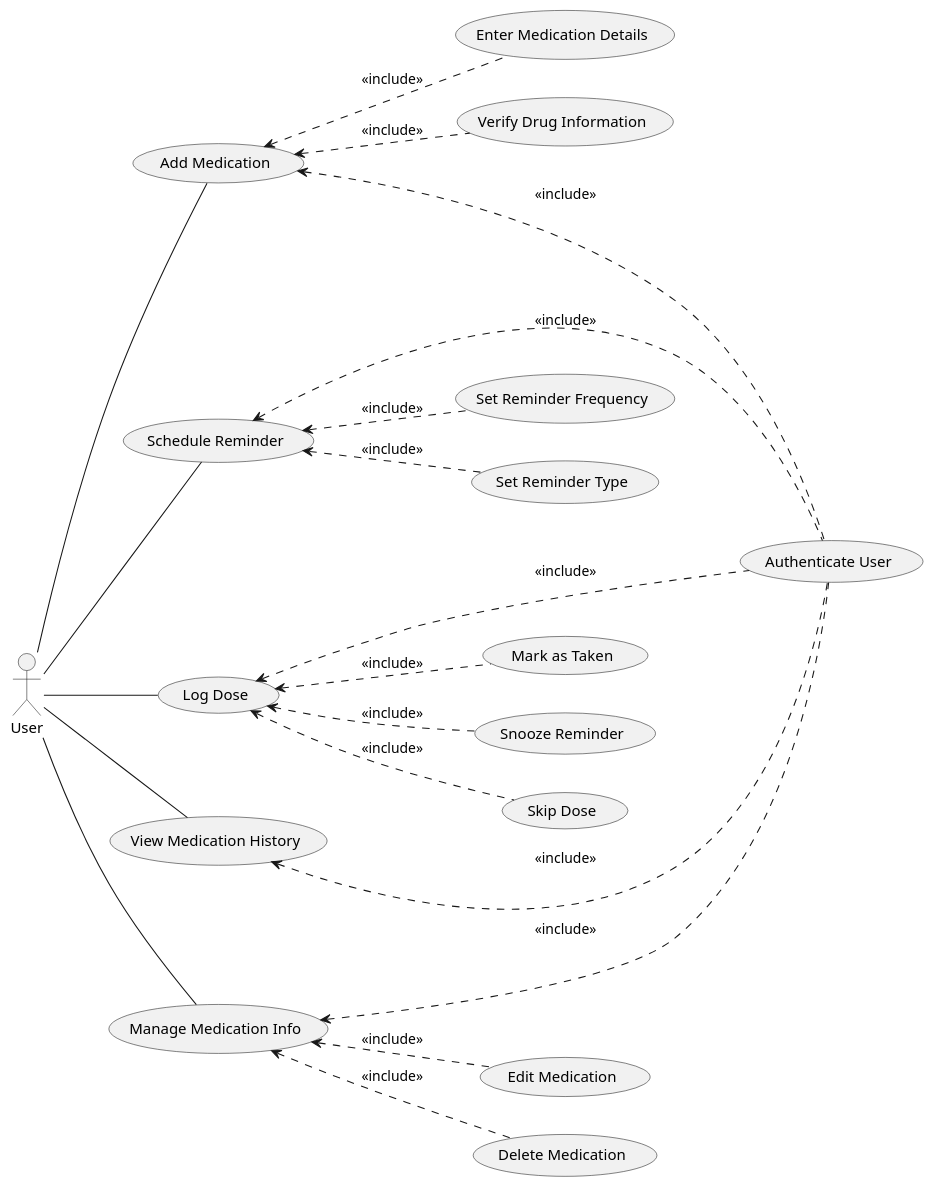
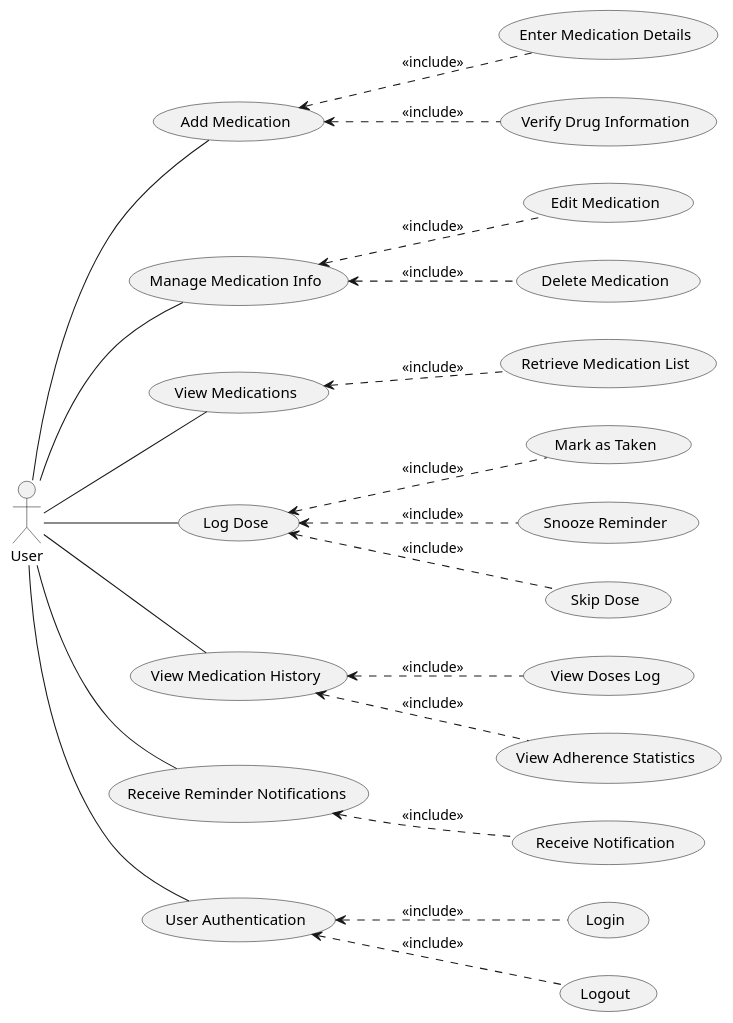
One commit to Tribak77/lancement-fil-rouge changed the diagram in Analyse/UseCase.puml. Above: the diagram before and after it, drawn with PlantUML. The commit also changed 3 other files, not shown here.

```diff
--- a/Analyse/UseCase.puml
+++ b/Analyse/UseCase.puml
@@ -1,31 +1,36 @@
-@startuml Medication Reminder
+@startuml Medication Reminder App
 left to right direction
 
 actor "User" as user
 
 user -- (Add Medication)
-user -- (Schedule Reminder)
-user -- (Log Dose)
-user -- (View Medication History)
 user -- (Manage Medication Info)
+user -- (View Medications)
 
 (Add Medication) <.. (Enter Medication Details) : <<include>>
 (Add Medication) <.. (Verify Drug Information) : <<include>>
-(Add Medication) <... (Authenticate User) : <<include>>
 
-(Schedule Reminder) <.. (Set Reminder Frequency) : <<include>>
-(Schedule Reminder) <.. (Set Reminder Type) : <<include>>
-(Schedule Reminder) <... (Authenticate User) : <<include>>
+(Manage Medication Info) <.. (Edit Medication) : <<include>>
+(Manage Medication Info) <.. (Delete Medication) : <<include>>
+
+(View Medications) <.. (Retrieve Medication List) : <<include>>
+
+user -- (Log Dose)
+user -- (View Medication History)
+user -- (Receive Reminder Notifications)
 
 (Log Dose) <.. (Mark as Taken) : <<include>>
 (Log Dose) <.. (Snooze Reminder) : <<include>>
 (Log Dose) <.. (Skip Dose) : <<include>>
-(Log Dose) <... (Authenticate User) : <<include>>
 
-(View Medication History) <... (Authenticate User) : <<include>>
+(View Medication History) <.. (View Doses Log) : <<include>>
+(View Medication History) <.. (View Adherence Statistics) : <<include>>
 
-(Manage Medication Info) <.. (Edit Medication) : <<include>>
-(Manage Medication Info) <.. (Delete Medication) : <<include>>
-(Manage Medication Info) <... (Authenticate User) : <<include>>
+(Receive Reminder Notifications) <.. (Receive Notification) : <<include>>
+
+user -- (User Authentication)
+
+(User Authentication) <.. (Login) : <<include>>
+(User Authentication) <.. (Logout) : <<include>>
 
 @enduml
```
